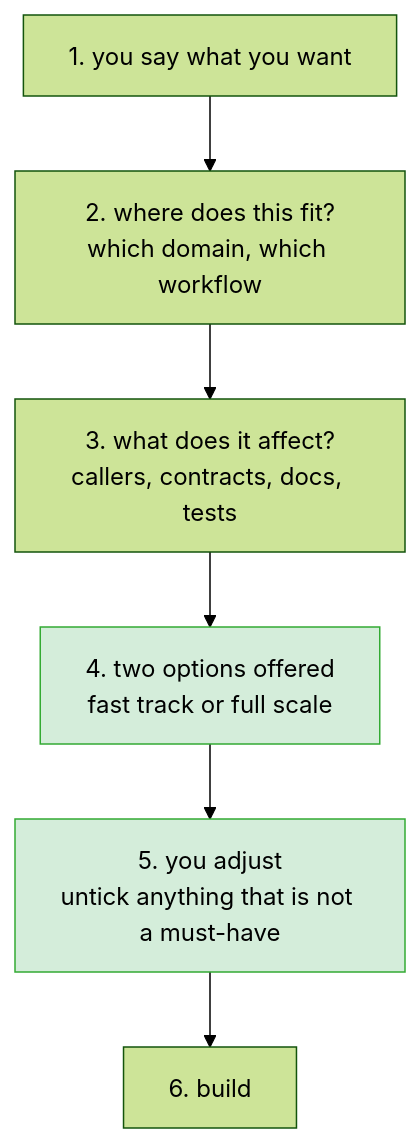
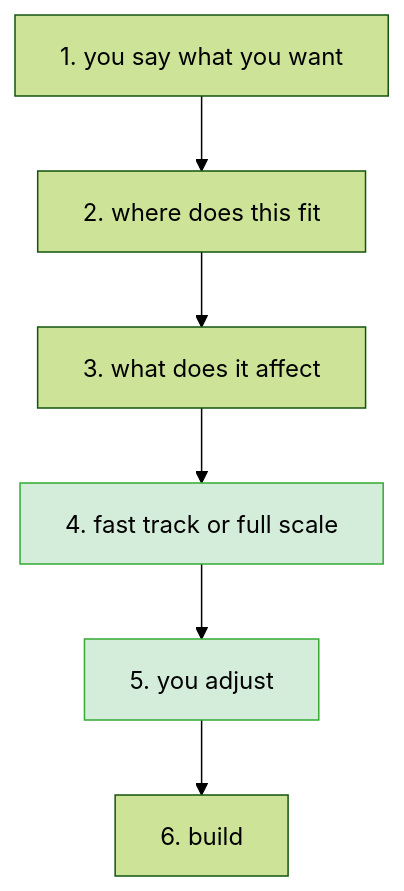
One commit to Prasad-Apparaju/hitl-dev-platform changed the diagram in docs/design/right-sizing/01-design.md. Above: the diagram before and after it, drawn with Mermaid (forest theme). The commit also changed other lines of this file, not shown here.

````diff
--- a/docs/design/right-sizing/01-design.md
+++ b/docs/design/right-sizing/01-design.md
@@ -7,10 +7,10 @@
 ```mermaid
 flowchart TB
-  A["1. you say what you want"] --> B["2. where does this fit?<br>which domain, which workflow"]
-  B --> C["3. what does it affect?<br>callers, contracts, docs, tests"]
-  C --> D["4. two options offered<br>fast track or full scale"]
-  D --> E["5. you adjust<br>untick anything that is not a must-have"]
+  A["1. you say what you want"] --> B["2. where does this fit"]
+  B --> C["3. what does it affect"]
+  C --> D["4. fast track or full scale"]
+  D --> E["5. you adjust"]
   E --> F["6. build"]
   classDef pick fill:#d4edda,stroke:#3a3
   class D,E pick
 ```
````
